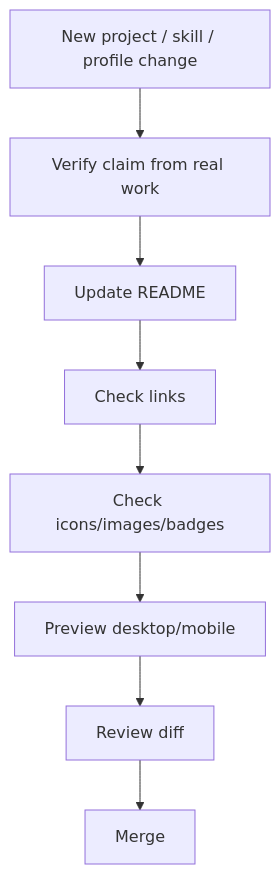
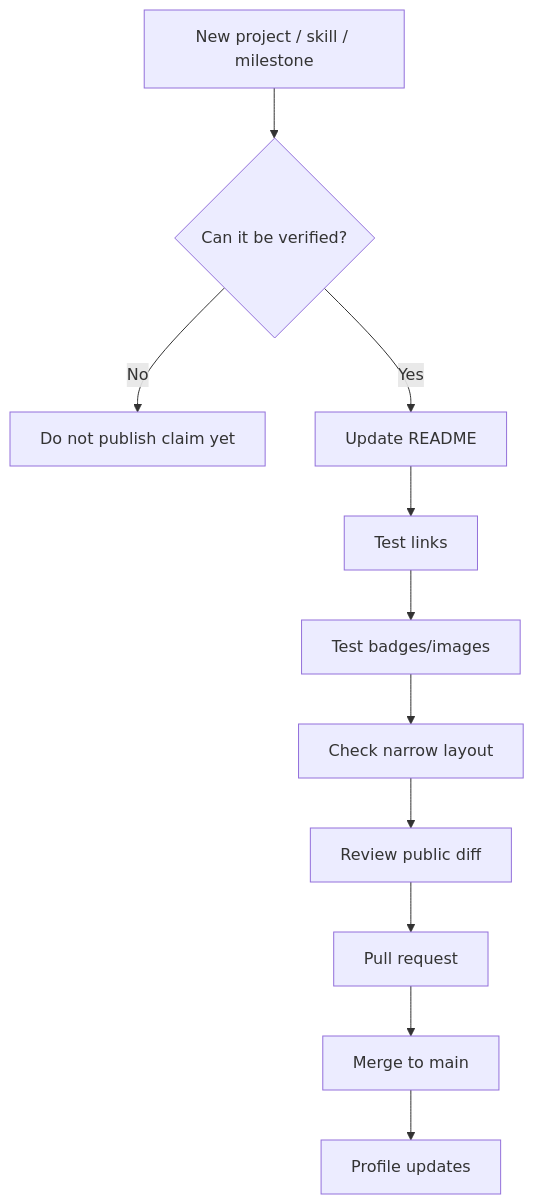
One commit to HidayahMF/HidayahMF changed the second of 5 diagrams in docs/development-pipeline.md. Above: the diagram before and after it, drawn with Mermaid. The commit also changed other lines of this file, not shown here.

````diff
--- a/docs/development-pipeline.md
+++ b/docs/development-pipeline.md
@@ -20,10 +36,13 @@
 ```mermaid
 flowchart TD
-    CHANGE[New project / skill / profile change] --> VERIFY[Verify claim from real work]
-    VERIFY --> README[Update README]
-    README --> LINKS[Check links]
-    LINKS --> MEDIA[Check icons/images/badges]
-    MEDIA --> MOBILE[Preview desktop/mobile]
-    MOBILE --> REVIEW[Review diff]
-    REVIEW --> MERGE[Merge]
+    CHANGE[New project / skill / milestone] --> VERIFY{Can it be verified?}
+    VERIFY -->|No| HOLD[Do not publish claim yet]
+    VERIFY -->|Yes| EDIT[Update README]
+    EDIT --> LINKS[Test links]
+    LINKS --> MEDIA[Test badges/images]
+    MEDIA --> MOBILE[Check narrow layout]
+    MOBILE --> DIFF[Review public diff]
+    DIFF --> PR[Pull request]
+    PR --> MERGE[Merge to main]
+    MERGE --> LIVE[Profile updates]
 ```
````
